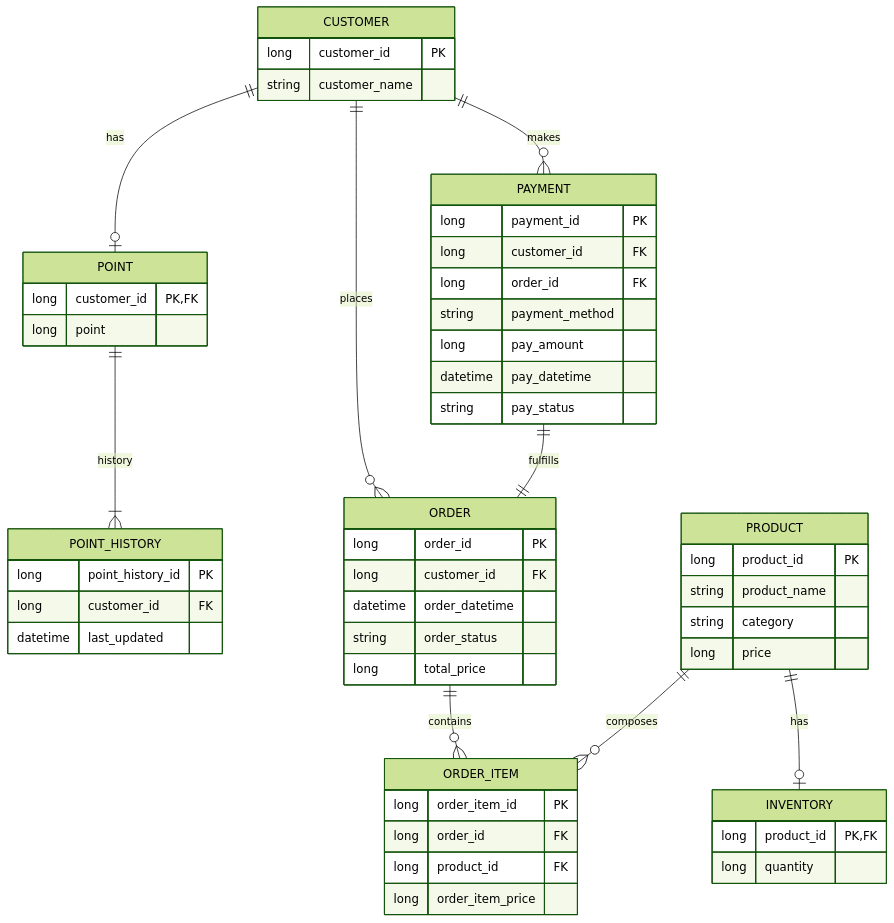
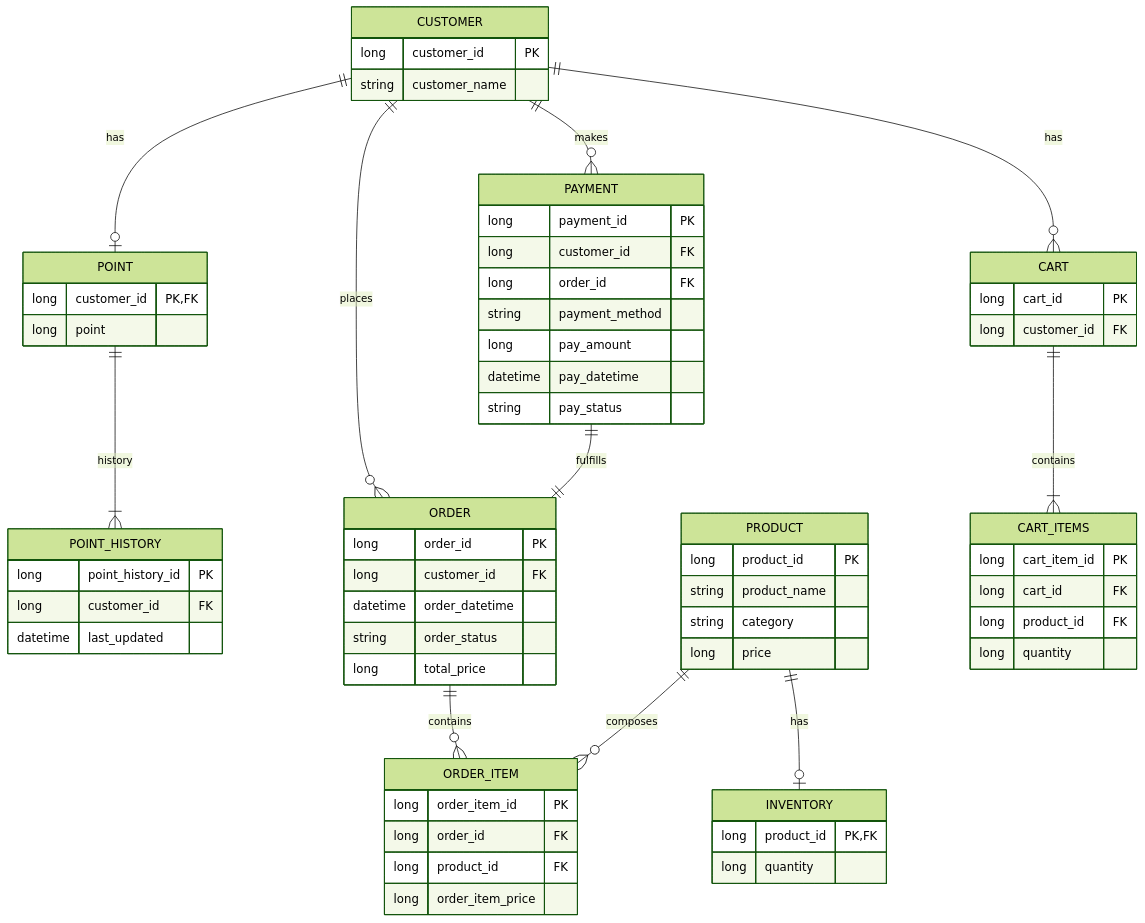
Before and after one commit to Kwang-in-da-Ho/hanghae_plus_backend_4: the fifth of 5 diagrams in chapter2/ecommerce/README.md, drawn with Mermaid (forest theme). The commit also changed other lines of this file and 2 other files, not shown here.

Commit message:
week 4 - change README.md structure, change all diagrams into `mermaid`

````diff
--- a/chapter2/ecommerce/README.md
+++ b/chapter2/ecommerce/README.md
@@ -83,63 +191,76 @@
 ```mermaid
 erDiagram
   CUSTOMER {
     long customer_id PK
     string customer_name
 
   }
   POINT {
     long customer_id PK, FK
     long point
   }
   CUSTOMER ||--|o POINT : has
   
   POINT_HISTORY {
       long point_history_id PK
       long customer_id FK
       datetime last_updated
   }
   
   POINT ||--|{ POINT_HISTORY : history
 
   PRODUCT {
     long product_id PK
     string product_name
     string category
     long price
   }
   INVENTORY {
     long product_id PK,FK
     long quantity
   }
   PRODUCT ||--|o INVENTORY: has
 
   ORDER {
     long order_id PK
     long customer_id FK
     datetime order_datetime
     string order_status
     long total_price
   }
 
   ORDER_ITEM {
     long order_item_id PK
     long order_id FK
     long product_id FK
     long order_item_price
   }
   ORDER ||--o{ ORDER_ITEM: contains
   CUSTOMER ||--o{ ORDER : places
   PRODUCT ||--o{ ORDER_ITEM: composes
 
   PAYMENT{
     long payment_id PK
     long customer_id FK
     long order_id FK
     string payment_method
     long pay_amount
     datetime pay_datetime
     string pay_status
   }
   CUSTOMER ||--o{ PAYMENT : makes
   PAYMENT ||--|| ORDER: fulfills
+
+  CART {
+      long cart_id PK
+      long customer_id FK
+  }
+  CART_ITEMS {
+      long cart_item_id PK
+      long cart_id FK
+      long product_id FK
+      long quantity 
+  }
+  CUSTOMER ||--o{ CART : has
+  CART ||--|{ CART_ITEMS : contains
 ```
````
